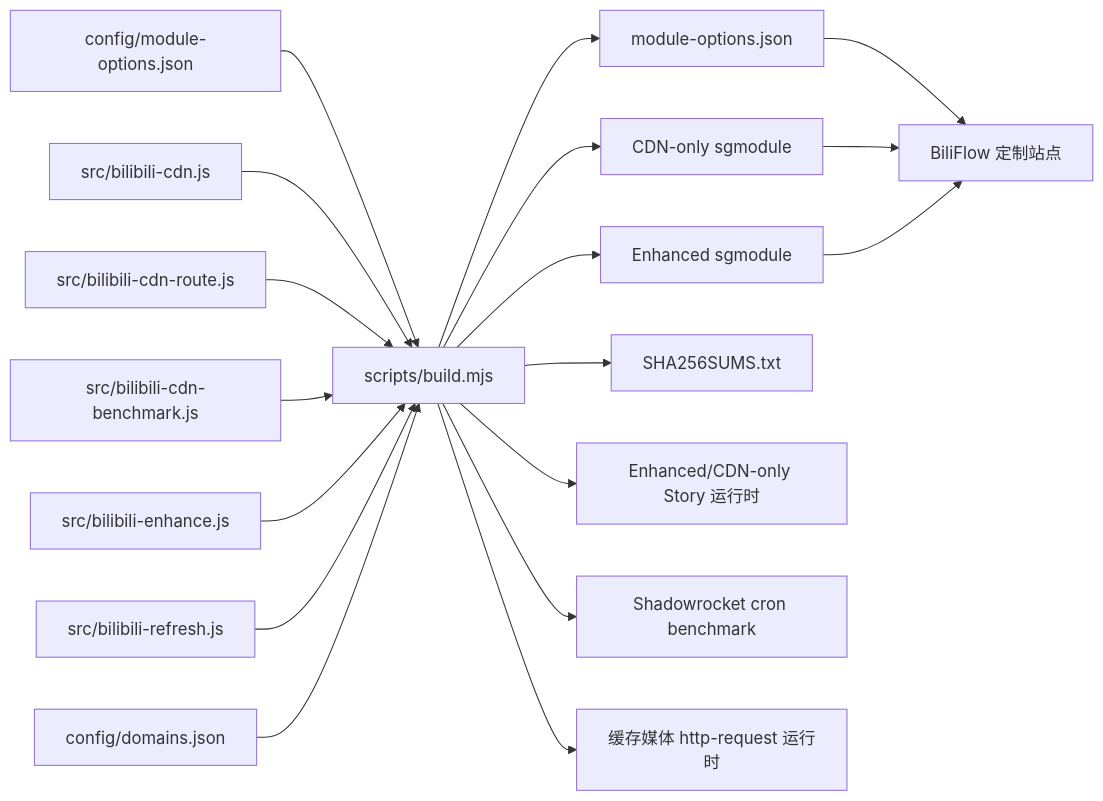
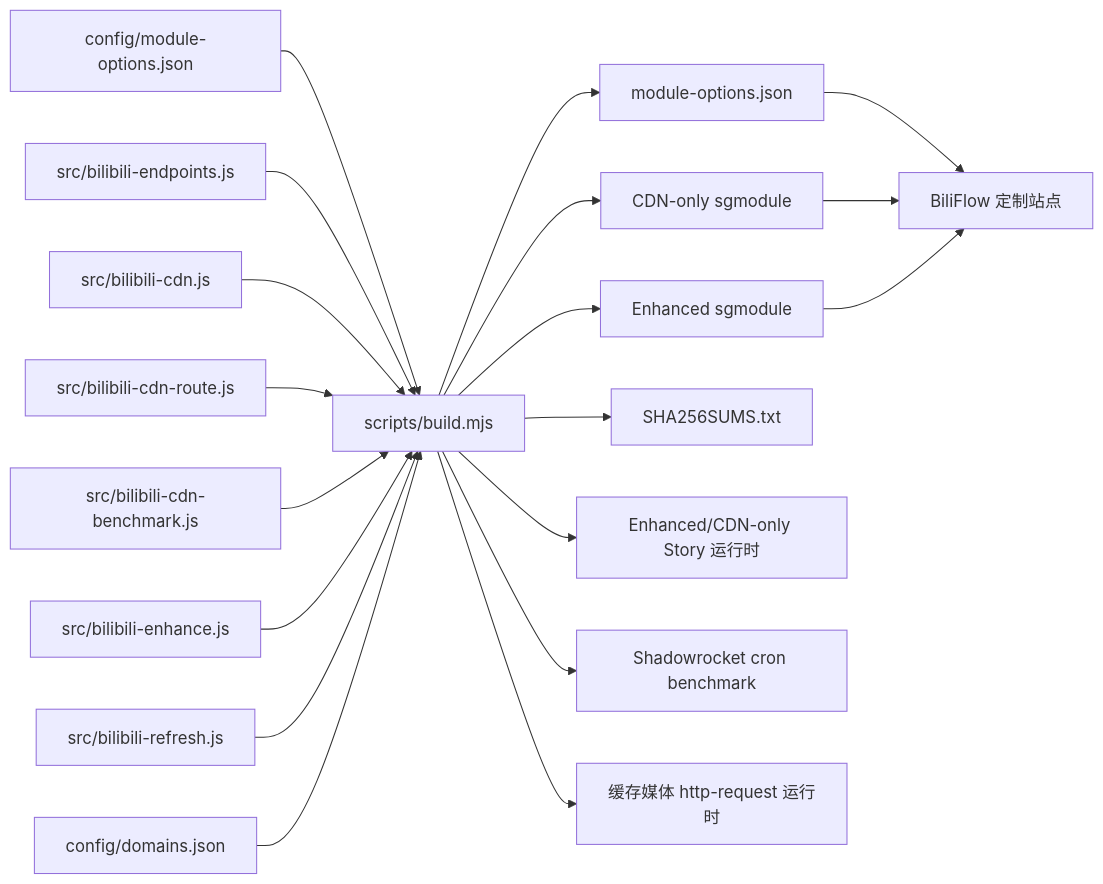
One commit to STERILITZIA02/IOS_Bilibiliu_CDN_rewrite changed the diagram in docs/V3_ARCHITECTURE.md. Above: the diagram before and after it, drawn with Mermaid. The commit also changed other lines of this file and 41 other files, not shown here.

````diff
--- a/docs/V3_ARCHITECTURE.md
+++ b/docs/V3_ARCHITECTURE.md
@@ -33,20 +36,21 @@
 ```mermaid
 flowchart LR
   A[config/module-options.json] --> B[scripts/build.mjs]
+  P[src/bilibili-endpoints.js] --> B
   C[src/bilibili-cdn.js] --> B
   R[src/bilibili-cdn-route.js] --> B
   M[src/bilibili-cdn-benchmark.js] --> B
   D[src/bilibili-enhance.js] --> B
   E[src/bilibili-refresh.js] --> B
   K[config/domains.json] --> B
   B --> F[CDN-only sgmodule]
   B --> G[Enhanced sgmodule]
   B --> H[module-options.json]
   B --> I[SHA256SUMS.txt]
   B --> L[Enhanced/CDN-only Story 运行时]
   B --> N[Shadowrocket cron benchmark]
   B --> O[缓存媒体 http-request 运行时]
   H --> J[BiliFlow 定制站点]
   F --> J
   G --> J
 ```
````
